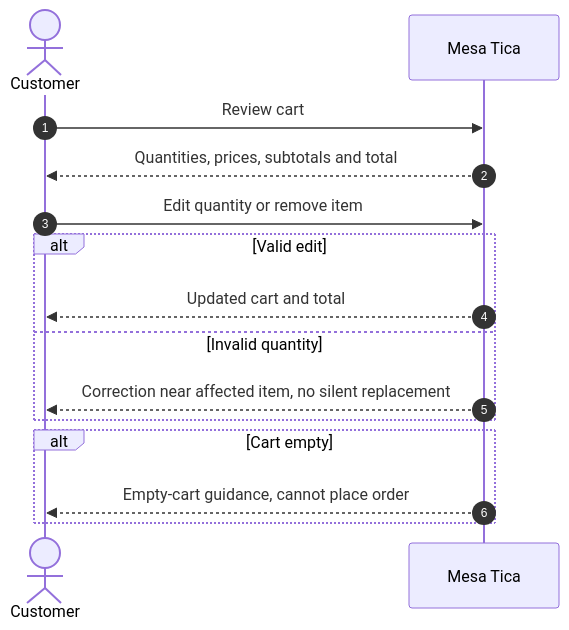
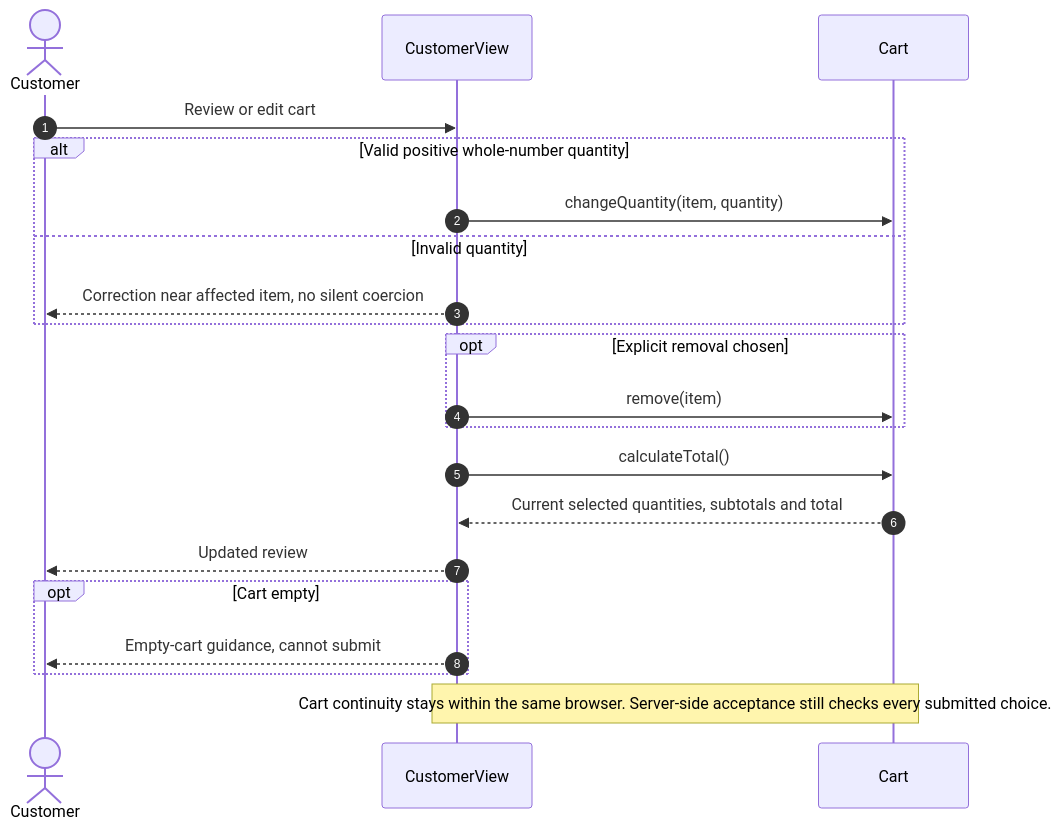
The diagram in design/diagrams/A2-cart.mmd (axantillon/mesa-tica), drawn with Mermaid before and after one commit. The commit also changed 16 other files, not shown here.

Commit message:
Define framework-agnostic architecture and detailed interaction design

```diff
--- a/design/diagrams/A2-cart.mmd
+++ b/design/diagrams/A2-cart.mmd
@@ -1,15 +1,21 @@
 sequenceDiagram
     autonumber
     actor Customer
-    participant Product as Mesa Tica
-    Customer->>Product: Review cart
-    Product-->>Customer: Quantities, prices, subtotals and total
-    Customer->>Product: Edit quantity or remove item
-    alt Valid edit
-    Product-->>Customer: Updated cart and total
+    participant UI as CustomerView
+    participant Cart as Cart
+    Customer->>UI: Review or edit cart
+    alt Valid positive whole-number quantity
+    UI->>Cart: changeQuantity(item, quantity)
     else Invalid quantity
-    Product-->>Customer: Correction near affected item, no silent replacement
+    UI-->>Customer: Correction near affected item, no silent coercion
     end
-    alt Cart empty
-    Product-->>Customer: Empty-cart guidance, cannot place order
+    opt Explicit removal chosen
+    UI->>Cart: remove(item)
     end
+    UI->>Cart: calculateTotal()
+    Cart-->>UI: Current selected quantities, subtotals and total
+    UI-->>Customer: Updated review
+    opt Cart empty
+    UI-->>Customer: Empty-cart guidance, cannot submit
+    end
+    Note over UI,Cart: Cart continuity stays within the same browser. Server-side acceptance still checks every submitted choice.
```
